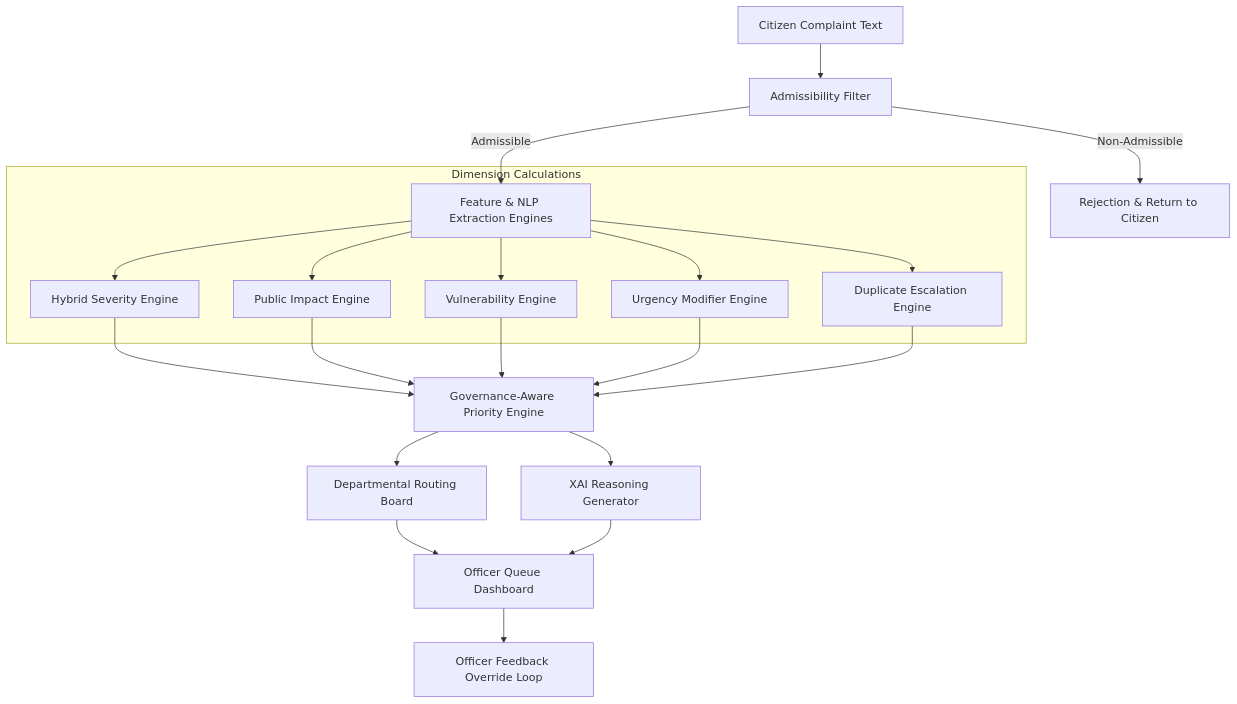
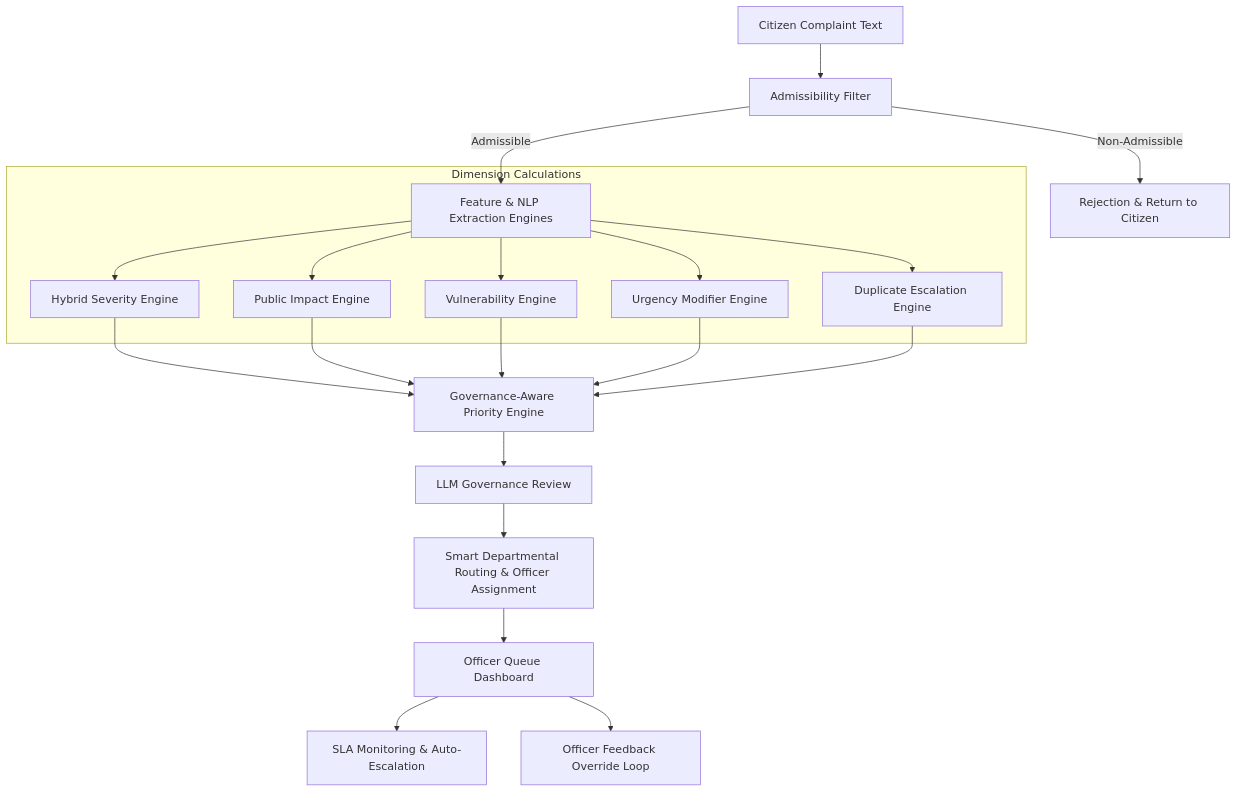
The diagram in README.md (NEHANGRM/Sahayak-AI), drawn with Mermaid before and after one commit. The commit also changed other lines of this file, not shown here.

````diff
--- a/README.md
+++ b/README.md
@@ -13,22 +13,22 @@
 ```mermaid
 graph TD
     A[Citizen Complaint Text] --> B[Admissibility Filter]
     B -- Non-Admissible --> C[Rejection & Return to Citizen]
     B -- Admissible --> D[Feature & NLP Extraction Engines]
     
     subgraph Dimension Calculations
         D --> E[Hybrid Severity Engine]
         D --> F[Public Impact Engine]
         D --> G[Vulnerability Engine]
         D --> H[Urgency Modifier Engine]
         D --> I[Duplicate Escalation Engine]
     end
     
     E & F & G & H & I --> J[Governance-Aware Priority Engine]
-    J --> K[XAI Reasoning Generator]
-    J --> L[Departmental Routing Board]
+    J --> K[LLM Governance Review]
+    K --> L[Smart Departmental Routing & Officer Assignment]
     
     L --> M[Officer Queue Dashboard]
-    K --> M
-    M --> N[Officer Feedback Override Loop]
+    M --> N[SLA Monitoring & Auto-Escalation]
+    M --> O[Officer Feedback Override Loop]
 ```
````
